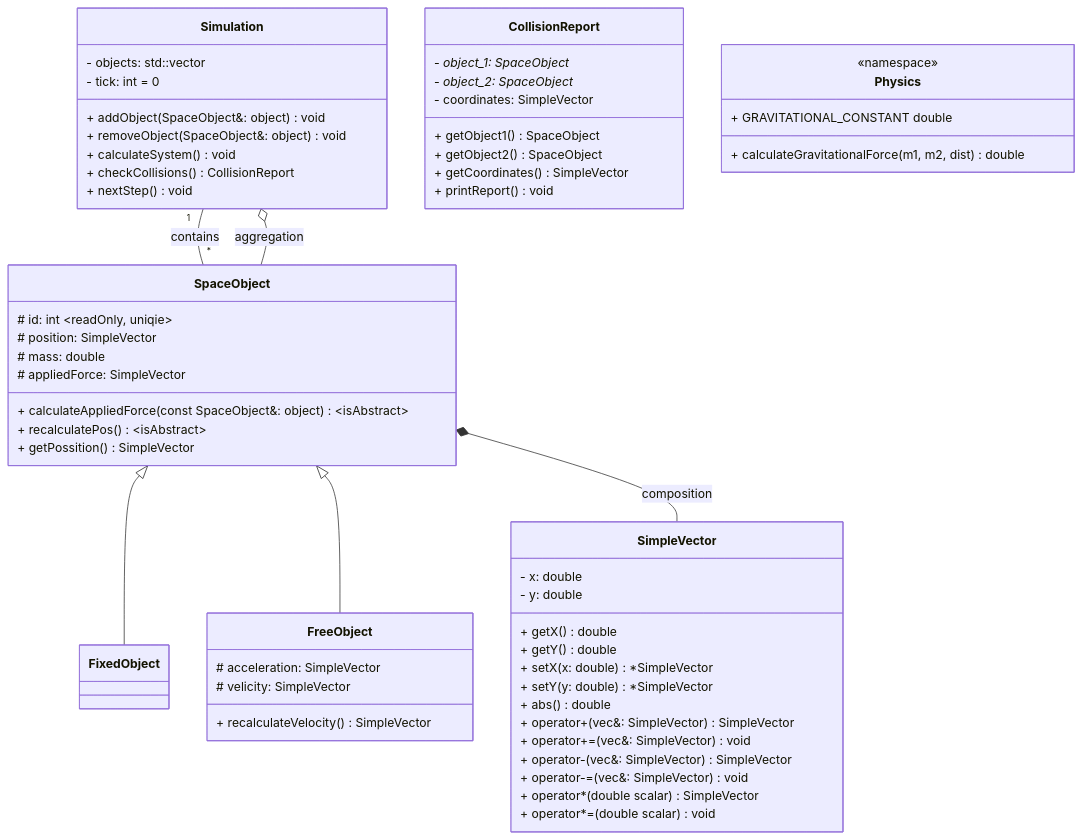
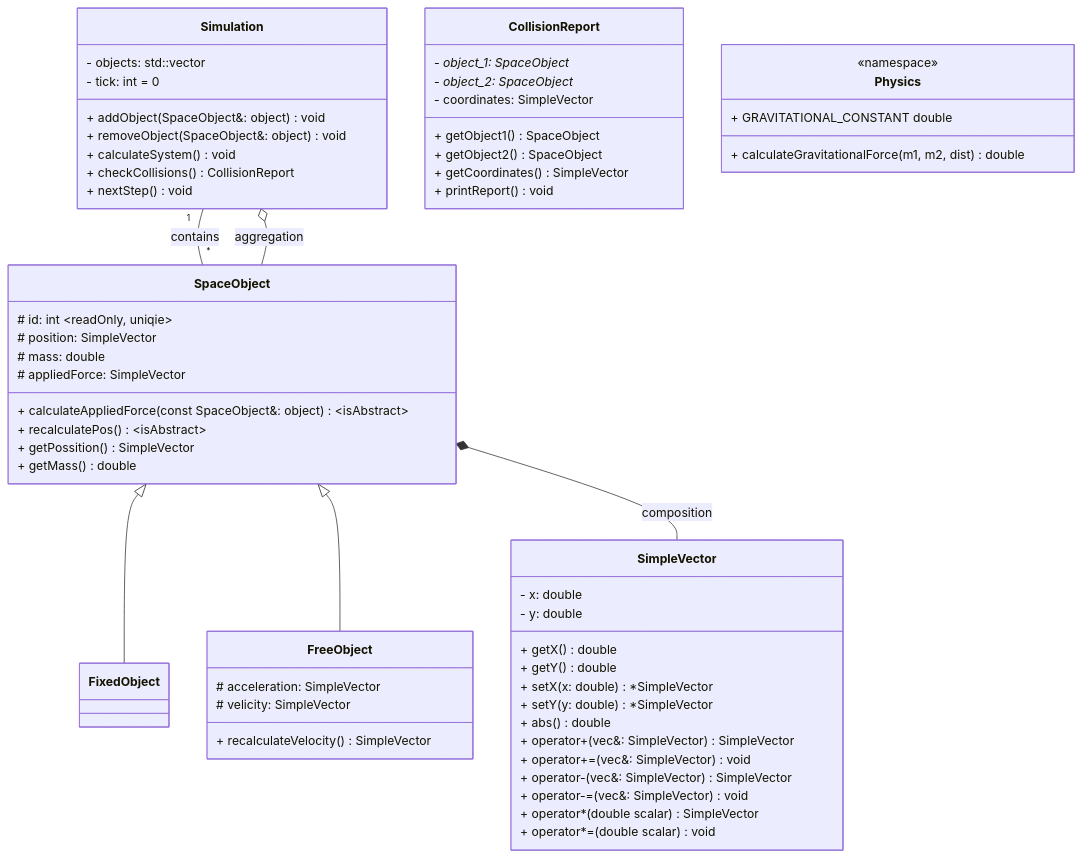
Before and after one commit to kotenko-o/simple-orbit-simulator: the diagram in docs/classDiagram.mmd, drawn with Mermaid. The commit also changed 1 other file, not shown here.

Commit message:
feat: add getMass method

```diff
--- a/docs/classDiagram.mmd
+++ b/docs/classDiagram.mmd
@@ -1,70 +1,71 @@
 classDiagram
 
     SpaceObject <|-- FixedObject
     SpaceObject <|-- FreeObject
     Simulation "1" -- "*" SpaceObject : contains
 
     SpaceObject *-- SimpleVector : composition
     Simulation o-- SpaceObject : aggregation
     
     class Simulation {
         - objects: std::vector<SpaceObject*>
         - tick: int = 0
         + addObject(SpaceObject&: object) void
         + removeObject(SpaceObject&: object) void
         + calculateSystem() void
         + checkCollisions() CollisionReport
         + nextStep() void
     }
 
     class SpaceObject {
         # id: int ~readOnly, uniqie~
         # position: SimpleVector
         # mass: double
         # appliedForce: SimpleVector
         + calculateAppliedForce(const SpaceObject&: object) ~isAbstract~
         + recalculatePos() ~isAbstract~
         + getPossition() SimpleVector
+        + getMass() double
     }
 
     class FixedObject {
         
     }
 
     class FreeObject {
         # acceleration: SimpleVector
         # velicity: SimpleVector
         + recalculateVelocity() SimpleVector
     }
 
     class SimpleVector {
         - x: double
         - y: double
         + getX() double
         + getY() double
         + setX(x: double) *SimpleVector
         + setY(y: double) *SimpleVector
         + abs() double
         + operator+(vec&: SimpleVector) SimpleVector
         + operator+=(vec&: SimpleVector) void
         + operator-(vec&: SimpleVector) SimpleVector
         + operator-=(vec&: SimpleVector) void
         + operator*(double scalar) SimpleVector
         + operator*=(double scalar) void
     }
 
     class CollisionReport {
         - object_1: SpaceObject*
         - object_2: SpaceObject*
         - coordinates: SimpleVector
         + getObject1() SpaceObject
         + getObject2() SpaceObject
         + getCoordinates() SimpleVector
         + printReport() void
     }
 
     class Physics {
         <<namespace>>
         + GRAVITATIONAL_CONSTANT double
         + calculateGravitationalForce(m1, m2, dist) double
     }
```
